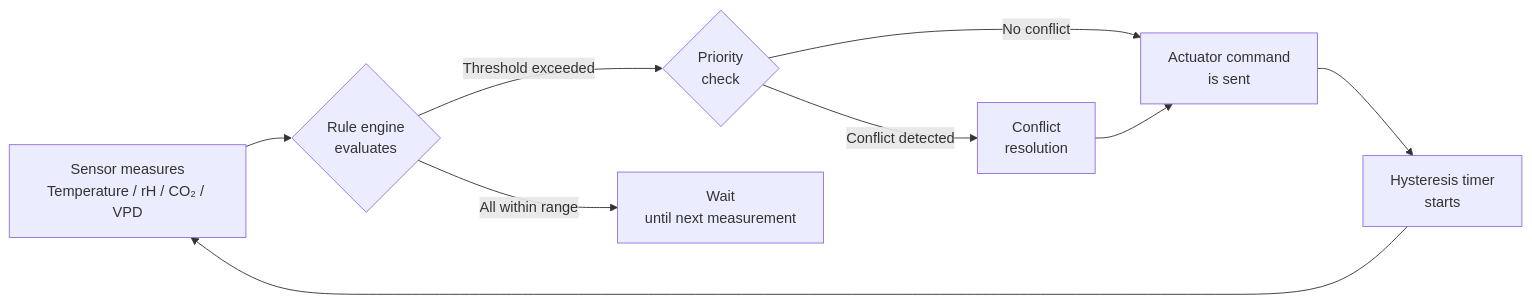
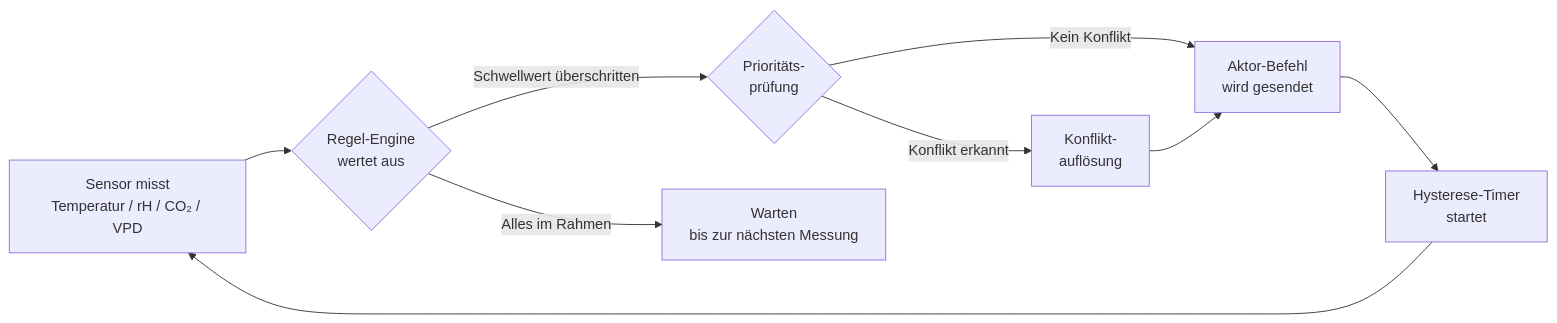
Before and after one commit to nolte/kamerplanter: the first of 2 diagrams in docs/de/user-guide/actuator-control.md, drawn with Mermaid. The commit also changed other lines of this file and 7 other files, not shown here.

````diff
--- a/docs/de/user-guide/actuator-control.md
+++ b/docs/de/user-guide/actuator-control.md
@@ -23,11 +23,11 @@
 ```mermaid
 flowchart LR
-    S[Sensor measures<br/>Temperature / rH / CO₂ / VPD] --> E{Rule engine<br/>evaluates}
-    E -->|Threshold exceeded| P{Priority<br/>check}
-    E -->|All within range| W[Wait<br/>until next measurement]
-    P -->|No conflict| A[Actuator command<br/>is sent]
-    P -->|Conflict detected| K[Conflict<br/>resolution]
+    S[Sensor misst<br/>Temperatur / rH / CO₂ / VPD] --> E{Regel-Engine<br/>wertet aus}
+    E -->|Schwellwert überschritten| P{Prioritäts-<br/>prüfung}
+    E -->|Alles im Rahmen| W[Warten<br/>bis zur nächsten Messung]
+    P -->|Kein Konflikt| A[Aktor-Befehl<br/>wird gesendet]
+    P -->|Konflikt erkannt| K[Konflikt-<br/>auflösung]
     K --> A
-    A --> H[Hysteresis timer<br/>starts]
+    A --> H[Hysterese-Timer<br/>startet]
     H --> S
 ```
````
